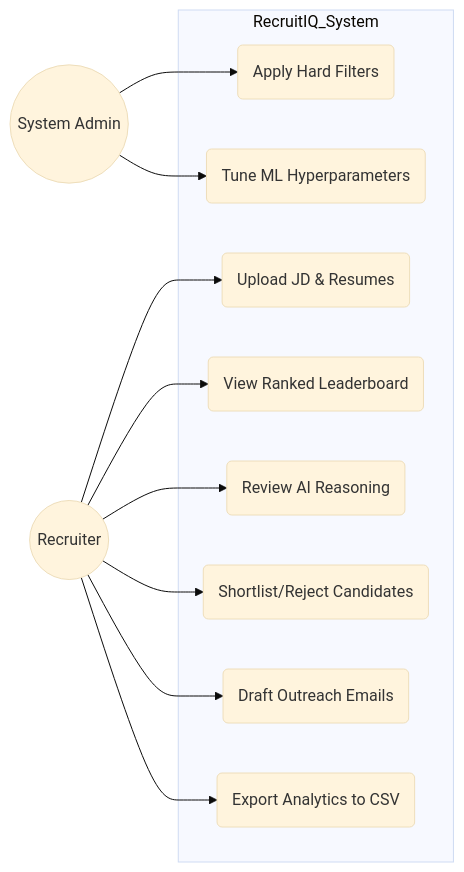
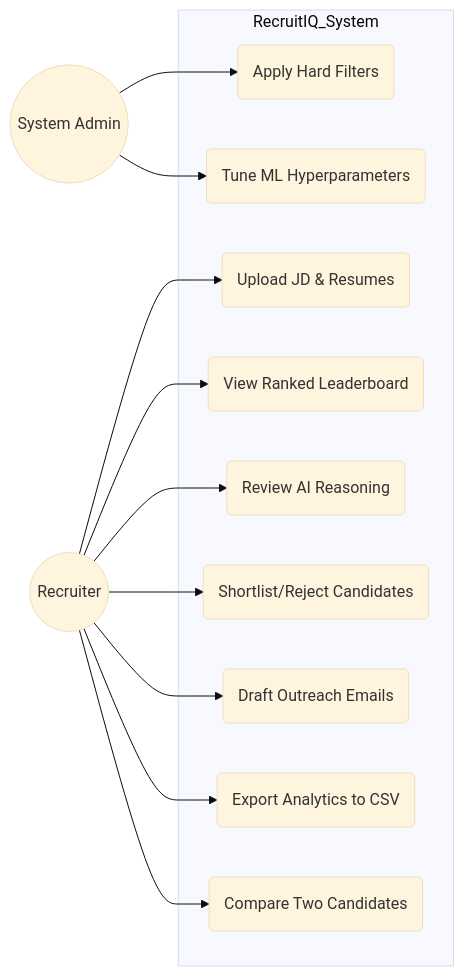
One commit to anshul4510/RecruitIQ changed the second of 5 diagrams in README.md. Above: the diagram before and after it, drawn with Mermaid (base theme). The commit also changed other lines of this file and 2 other files, not shown here.

Commit message:
compare_candidates

````diff
--- a/README.md
+++ b/README.md
@@ -71,26 +86,28 @@
 ```mermaid
 flowchart LR
     Recruiter((Recruiter))
     Admin((System Admin))
 
     subgraph RecruitIQ_System
         UC1(Upload JD & Resumes)
         UC2(Apply Hard Filters)
         UC3(View Ranked Leaderboard)
         UC4(Review AI Reasoning)
         UC5(Shortlist/Reject Candidates)
         UC6(Tune ML Hyperparameters)
         UC7(Draft Outreach Emails)
         UC8(Export Analytics to CSV)
+        UC9(Compare Two Candidates)
     end
 
     Recruiter --> UC1
     Recruiter --> UC3
     Recruiter --> UC4
     Recruiter --> UC5
     Recruiter --> UC7
     Recruiter --> UC8
+    Recruiter --> UC9
 
     Admin --> UC2
     Admin --> UC6
 ```
````
